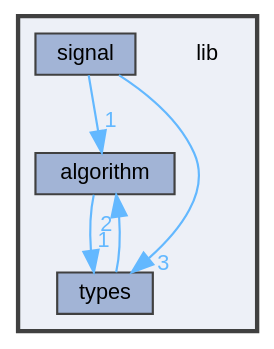
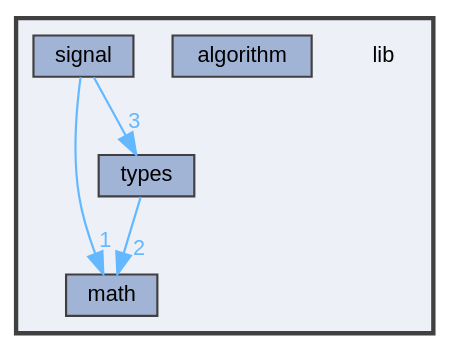
One commit to pawelekg95/algopp changed the diagram in dir_97aefd0d527b934f1d99a682da8fe6a9_dep.dot. Above: the diagram before and after it, drawn with Graphviz. The commit also changed 190 other files, not shown here.

```diff
--- a/dir_97aefd0d527b934f1d99a682da8fe6a9_dep.dot
+++ b/dir_97aefd0d527b934f1d99a682da8fe6a9_dep.dot
@@ -1,19 +1,19 @@
 digraph "lib"
 {
  // LATEX_PDF_SIZE
   bgcolor="transparent";
   edge [fontname=Helvetica,fontsize=10,labelfontname=Helvetica,labelfontsize=10];
   node [fontname=Helvetica,fontsize=10,shape=box,height=0.2,width=0.4];
   compound=true
   subgraph clusterdir_97aefd0d527b934f1d99a682da8fe6a9 {
     graph [ bgcolor="#edf0f7", pencolor="grey25", label="", fontname=Helvetica,fontsize=10 style="filled,bold", URL="dir_97aefd0d527b934f1d99a682da8fe6a9.html",tooltip=""]
     dir_97aefd0d527b934f1d99a682da8fe6a9 [shape=plaintext, label="lib"];
   dir_f5dd86dbd9583e7b6fc3983d3949da68 [label="algorithm", fillcolor="#a2b4d6", color="grey25", style="filled", URL="dir_f5dd86dbd9583e7b6fc3983d3949da68.html",tooltip=""];
+  dir_a36354df93aef5eec904487b77fa4fab [label="math", fillcolor="#a2b4d6", color="grey25", style="filled", URL="dir_a36354df93aef5eec904487b77fa4fab.html",tooltip=""];
   dir_85595cb542db97c92303133db6d9ba0a [label="signal", fillcolor="#a2b4d6", color="grey25", style="filled", URL="dir_85595cb542db97c92303133db6d9ba0a.html",tooltip=""];
   dir_560694f03ee5bf1136d79e4f1ca1ca37 [label="types", fillcolor="#a2b4d6", color="grey25", style="filled", URL="dir_560694f03ee5bf1136d79e4f1ca1ca37.html",tooltip=""];
   }
-  dir_f5dd86dbd9583e7b6fc3983d3949da68->dir_560694f03ee5bf1136d79e4f1ca1ca37 [headlabel="1", labeldistance=1.5 headhref="dir_000000_000012.html" color="steelblue1" fontcolor="steelblue1"];
-  dir_85595cb542db97c92303133db6d9ba0a->dir_560694f03ee5bf1136d79e4f1ca1ca37 [headlabel="3", labeldistance=1.5 headhref="dir_000009_000012.html" color="steelblue1" fontcolor="steelblue1"];
-  dir_85595cb542db97c92303133db6d9ba0a->dir_f5dd86dbd9583e7b6fc3983d3949da68 [headlabel="1", labeldistance=1.5 headhref="dir_000009_000000.html" color="steelblue1" fontcolor="steelblue1"];
-  dir_560694f03ee5bf1136d79e4f1ca1ca37->dir_f5dd86dbd9583e7b6fc3983d3949da68 [headlabel="2", labeldistance=1.5 headhref="dir_000012_000000.html" color="steelblue1" fontcolor="steelblue1"];
+  dir_85595cb542db97c92303133db6d9ba0a->dir_a36354df93aef5eec904487b77fa4fab [headlabel="1", labeldistance=1.5 headhref="dir_000013_000011.html" color="steelblue1" fontcolor="steelblue1"];
+  dir_85595cb542db97c92303133db6d9ba0a->dir_560694f03ee5bf1136d79e4f1ca1ca37 [headlabel="3", labeldistance=1.5 headhref="dir_000013_000016.html" color="steelblue1" fontcolor="steelblue1"];
+  dir_560694f03ee5bf1136d79e4f1ca1ca37->dir_a36354df93aef5eec904487b77fa4fab [headlabel="2", labeldistance=1.5 headhref="dir_000016_000011.html" color="steelblue1" fontcolor="steelblue1"];
 }
```
